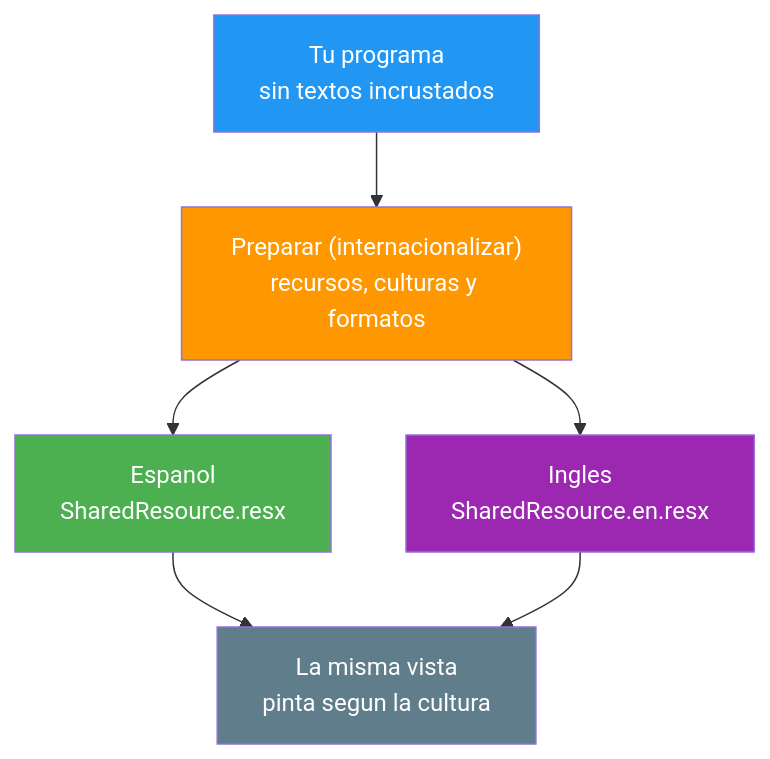
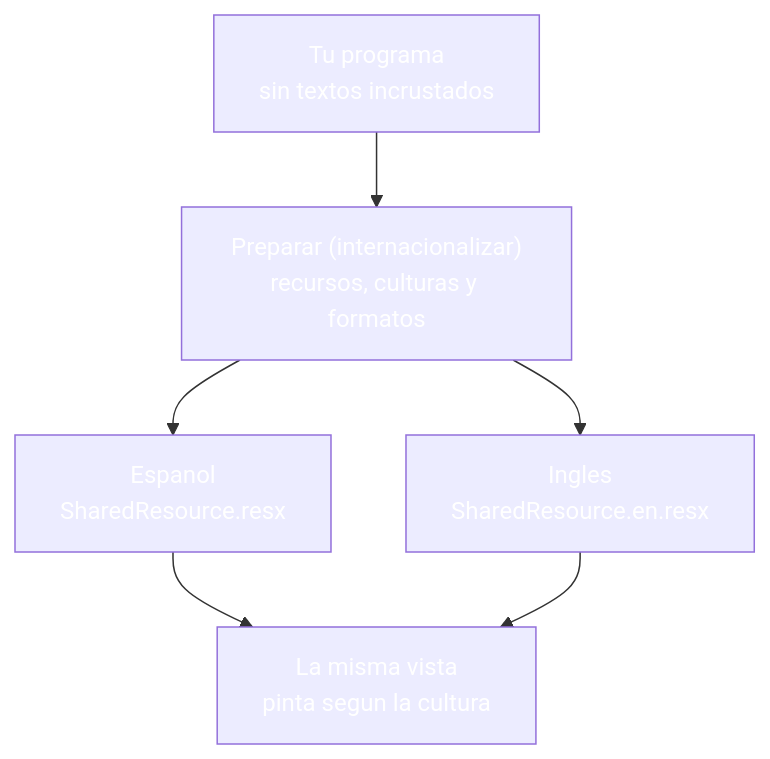
One commit to joseluisgs/DesarrolloWebEntornosServidor-03-2026-2027 changed the first of 5 diagrams in 22-i18n-localizacion.md. Above: the diagram before and after it, drawn with Mermaid. The commit also changed other lines of this file and 30 other files, not shown here.

````diff
--- a/22-i18n-localizacion.md
+++ b/22-i18n-localizacion.md
@@ -50,13 +50,13 @@
 ```mermaid
 graph TD
     I["Tu programa<br/>sin textos incrustados"] --> P["Preparar (internacionalizar)<br/>recursos, culturas y formatos"]
     P --> E["Espanol<br/>SharedResource.resx"]
     P --> N["Ingles<br/>SharedResource.en.resx"]
     E --> V["La misma vista<br/>pinta segun la cultura"]
     N --> V
-    style I fill:#2196F3,color:#fff
-    style P fill:#FF9800,color:#fff
-    style E fill:#4CAF50,color:#fff
-    style N fill:#9C27B0,color:#fff
-    style V fill:#607D8B,color:#fff
+    style I fill:#2196F,color:#fff3,color:#fff
+    style P fill:#FF980,color:#fff0,color:#fff
+    style E fill:#4CAF5,color:#fff0,color:#fff
+    style N fill:#9C27B,color:#fff0,color:#fff
+    style V fill:#607D8,color:#fffB,color:#fff
 ```
````
